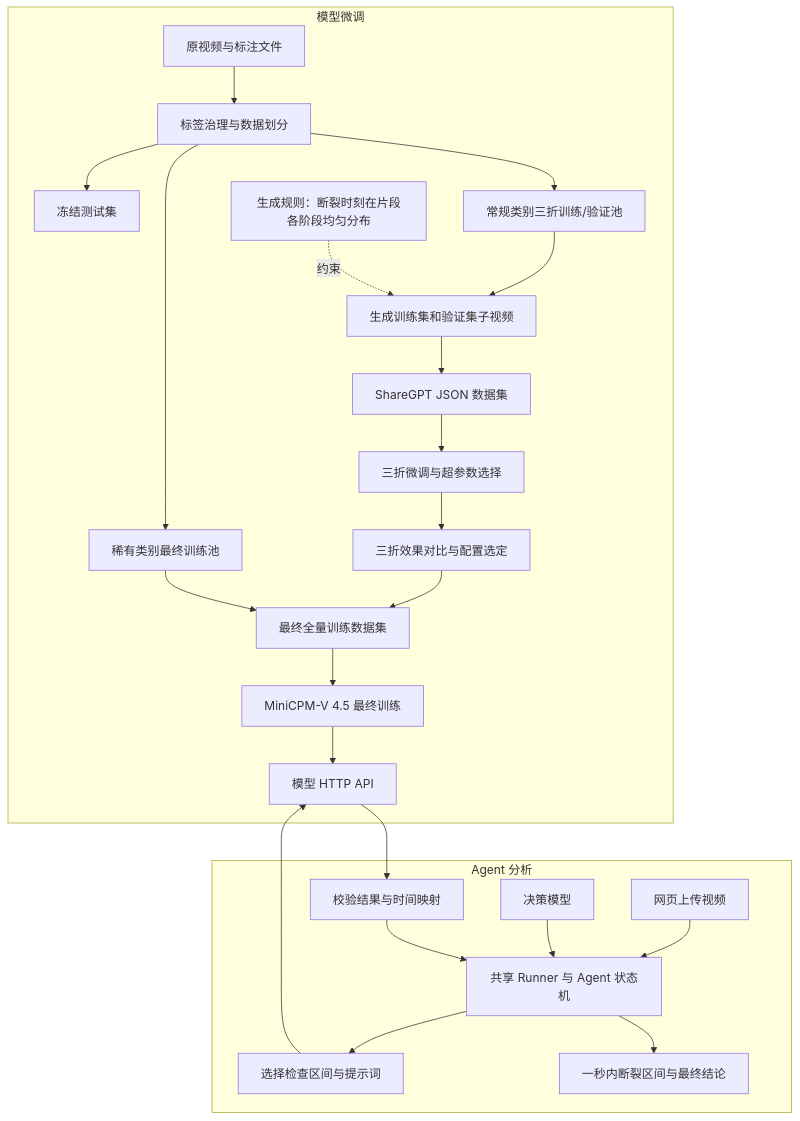
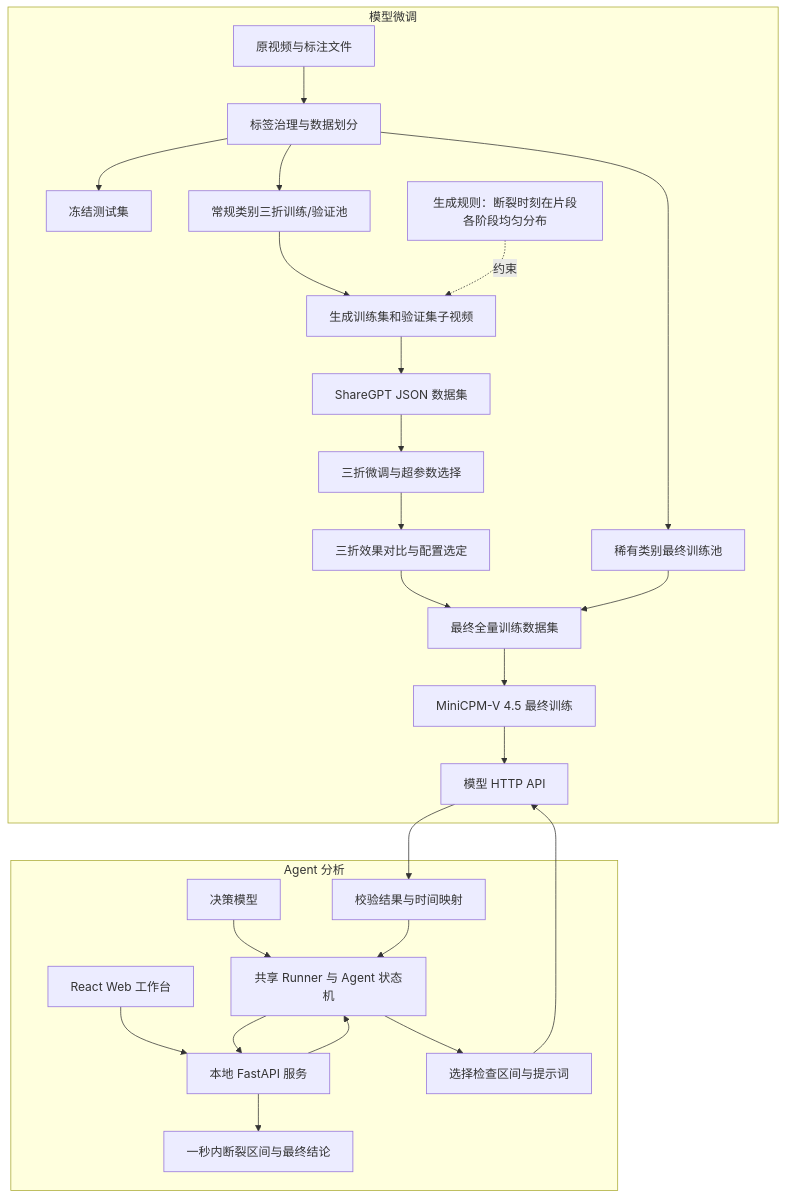
Before and after one commit to PcOffeeP/mVllm_2: the diagram in docs/PROJECT_PLAN.md, drawn with Mermaid. The commit also changed other lines of this file, not shown here.

````diff
--- a/docs/PROJECT_PLAN.md
+++ b/docs/PROJECT_PLAN.md
@@ -42,28 +42,30 @@
 ```mermaid
 flowchart TB
     subgraph FT["模型微调"]
         A["原视频与标注文件"] --> B["标签治理与数据划分"]
         B --> C["冻结测试集"]
         B --> D["常规类别三折训练/验证池"]
         B --> E["稀有类别最终训练池"]
         D --> F["生成训练集和验证集子视频"]
         RULE["生成规则：断裂时刻在片段各阶段均匀分布"] -.约束.-> F
         F --> H["ShareGPT JSON 数据集"]
         H --> I["三折微调与超参数选择"]
         I --> J["三折效果对比与配置选定"]
         J --> K["最终全量训练数据集"]
         E --> K
         K --> L["MiniCPM-V 4.5 最终训练"]
         L --> M["模型 HTTP API"]
     end
 
     subgraph AG["Agent 分析"]
-        N["网页上传视频"] --> O["共享 Runner 与 Agent 状态机"]
+        N["React Web 工作台"] --> API["本地 FastAPI 服务"]
+        API --> O["共享 Runner 与 Agent 状态机"]
         P["决策模型"] --> O
         O --> Q["选择检查区间与提示词"]
         Q --> M
         M --> R["校验结果与时间映射"]
         R --> O
-        O --> S["一秒内断裂区间与最终结论"]
+        O --> API
+        API --> S["一秒内断裂区间与最终结论"]
     end
 ```
````
